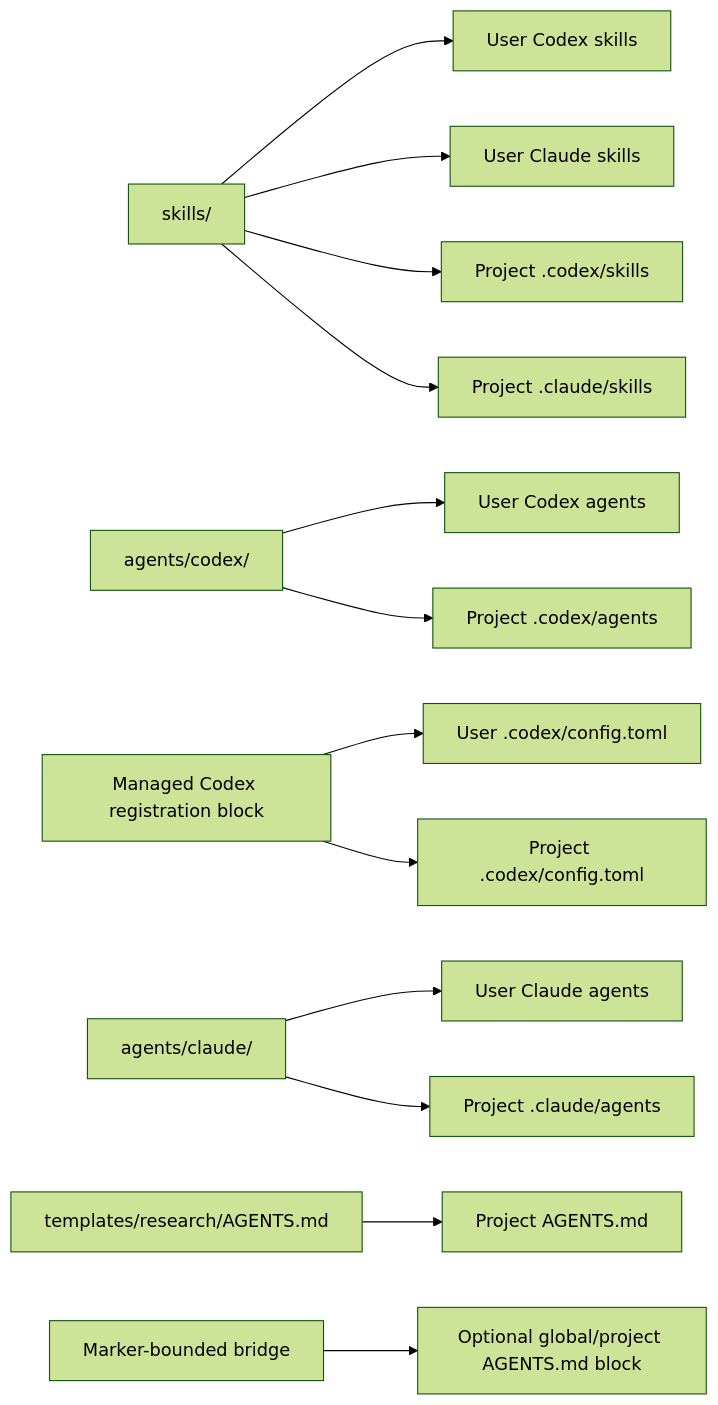
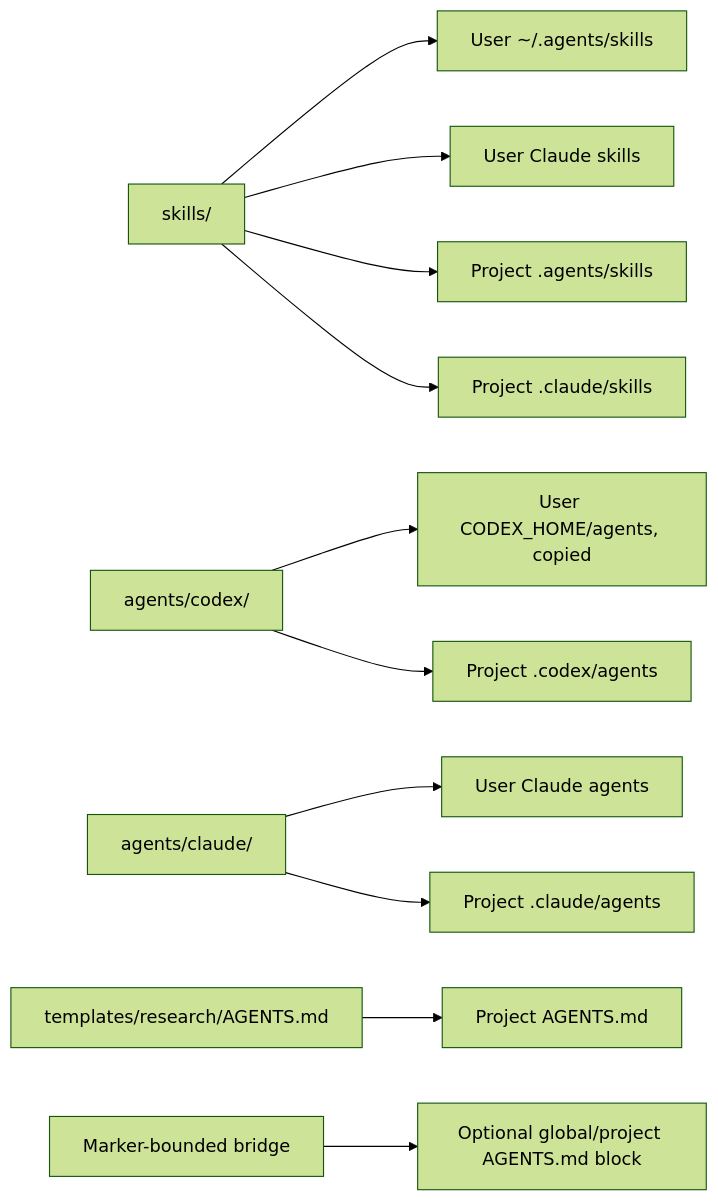
One commit to JooyoungPark73/coresearch changed the second of 3 diagrams in DESIGN.md. Above: the diagram before and after it, drawn with Mermaid (forest theme). The commit also changed other lines of this file and 3 other files, not shown here.

````diff
--- a/DESIGN.md
+++ b/DESIGN.md
@@ -197,15 +201,13 @@
 ```mermaid
 flowchart LR
-    SS[skills/] --> UCS[User Codex skills]
+    SS[skills/] --> UCS[User ~/.agents/skills]
     SS --> UHS[User Claude skills]
-    SS --> PCS[Project .codex/skills]
+    SS --> PCS[Project .agents/skills]
     SS --> PHS[Project .claude/skills]
-    CA[agents/codex/] --> UCA[User Codex agents]
+    CA[agents/codex/] --> UCA[User CODEX_HOME/agents, copied]
     CA --> PCA[Project .codex/agents]
-    CM[Managed Codex registration block] --> UCC[User .codex/config.toml]
-    CM --> PCC[Project .codex/config.toml]
     HA[agents/claude/] --> UHA[User Claude agents]
     HA --> PHA[Project .claude/agents]
     T[templates/research/AGENTS.md] --> PA[Project AGENTS.md]
     B[Marker-bounded bridge] --> GA[Optional global/project AGENTS.md block]
 ```
````
